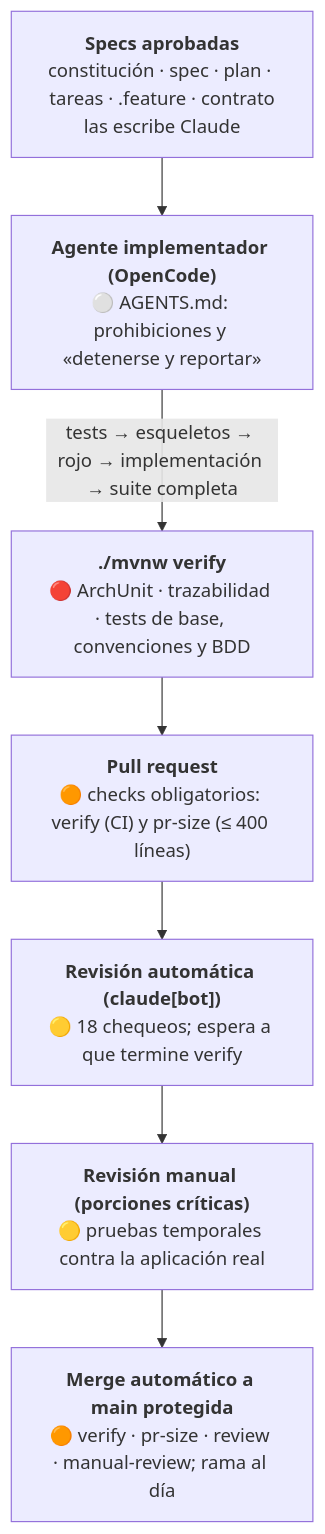
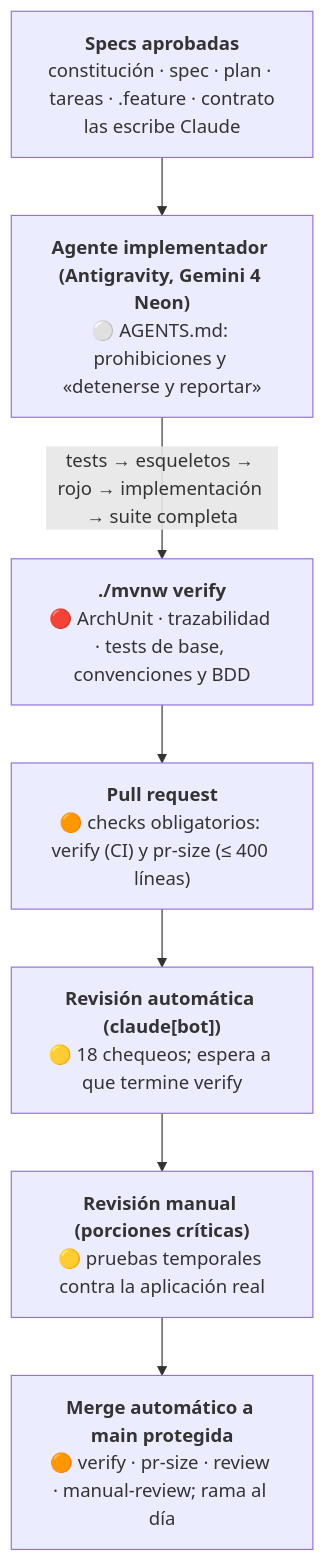
One commit to WallKsys/cocos-backend-challenge changed the diagram in docs/reglas-y-barreras.md. Above: the diagram before and after it, drawn with Mermaid. The commit also changed other lines of this file and 2 other files, not shown here.

First line of the commit message:
Record Antigravity as the implementing agent (TEC-03, REV-01) (#88)

````diff
--- a/docs/reglas-y-barreras.md
+++ b/docs/reglas-y-barreras.md
@@ -37,13 +37,13 @@
 ```mermaid
 flowchart TD
     S["<b>Specs aprobadas</b><br/>constitución · spec · plan · tareas · .feature · contrato<br/>las escribe Claude"]
-    A["<b>Agente implementador (OpenCode)</b><br/>⚪ AGENTS.md: prohibiciones y «detenerse y reportar»"]
+    A["<b>Agente implementador (Antigravity, Gemini 4 Neon)</b><br/>⚪ AGENTS.md: prohibiciones y «detenerse y reportar»"]
     B["<b>./mvnw verify</b><br/>🔴 ArchUnit · trazabilidad · tests de base, convenciones y BDD"]
     P["<b>Pull request</b><br/>🟠 checks obligatorios: verify (CI) y pr-size (≤ 400 líneas)"]
     R["<b>Revisión automática (claude[bot])</b><br/>🟡 18 chequeos; espera a que termine verify"]
     M["<b>Revisión manual (porciones críticas)</b><br/>🟡 pruebas temporales contra la aplicación real"]
     G["<b>Merge automático a main protegida</b><br/>🟠 verify · pr-size · review · manual-review; rama al día"]
     S --> A
     A -- "tests → esqueletos → rojo → implementación → suite completa" --> B
     B --> P --> R --> M --> G
 ```
````
